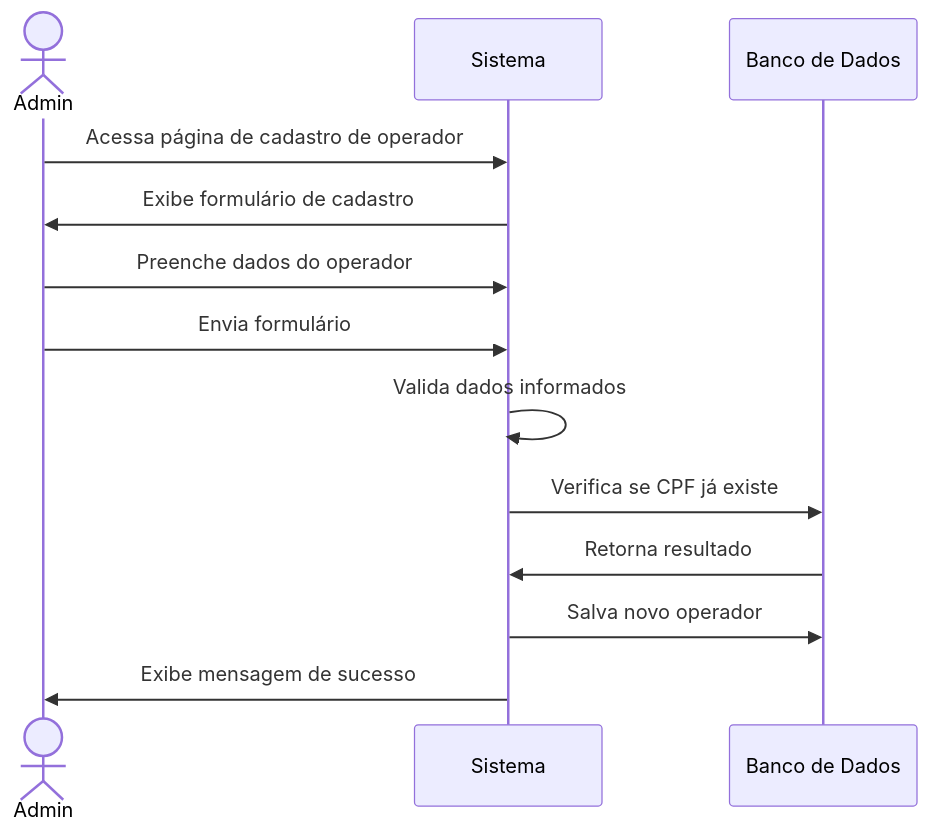
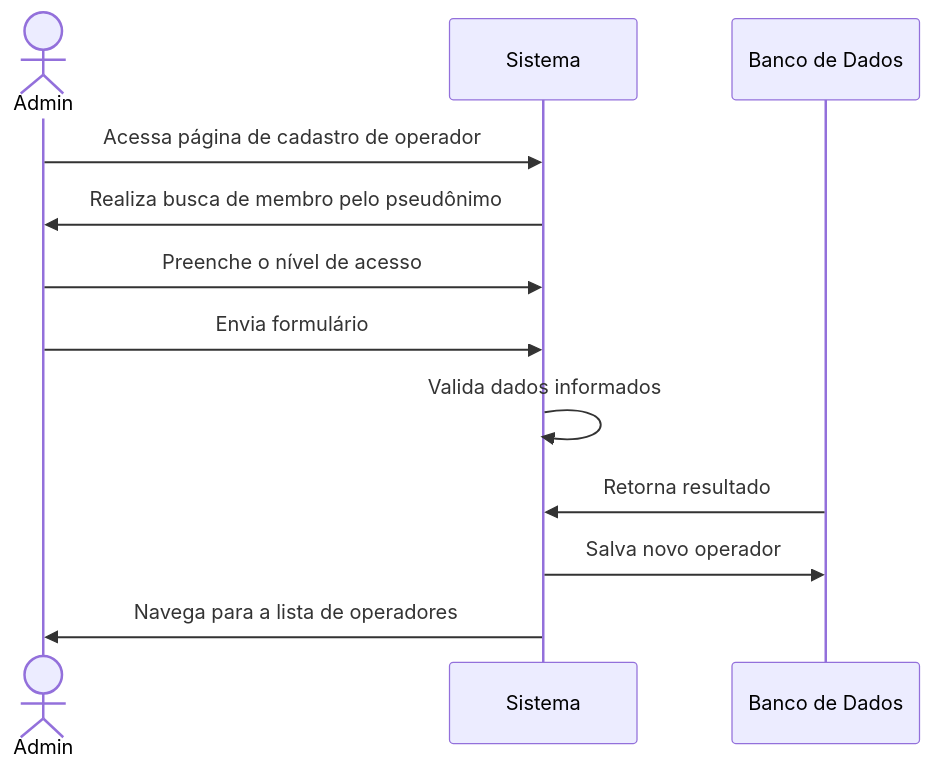
Before and after one commit to Bomsalvez/quilombo-docs: the diagram in Writerside/topics/RF01.md, drawn with Mermaid. The commit also changed other lines of this file and 34 other files, not shown here.

````diff
--- a/Writerside/topics/RF01.md
+++ b/Writerside/topics/RF01.md
@@ -32,16 +30,15 @@
 ```mermaid
 sequenceDiagram
     actor A as Admin
     participant S as Sistema
     participant BD as Banco de Dados
     
     A->>S: Acessa página de cadastro de operador
-    S->>A: Exibe formulário de cadastro
-    A->>S: Preenche dados do operador
+    S->>A: Realiza busca de membro pelo pseudônimo
+    A->>S: Preenche o nível de acesso
     A->>S: Envia formulário
     S->>S: Valida dados informados
-    S->>BD: Verifica se CPF já existe
     BD->>S: Retorna resultado
     S->>BD: Salva novo operador
-    S->>A: Exibe mensagem de sucesso
+    S->>A: Navega para a lista de operadores
 ```
````
